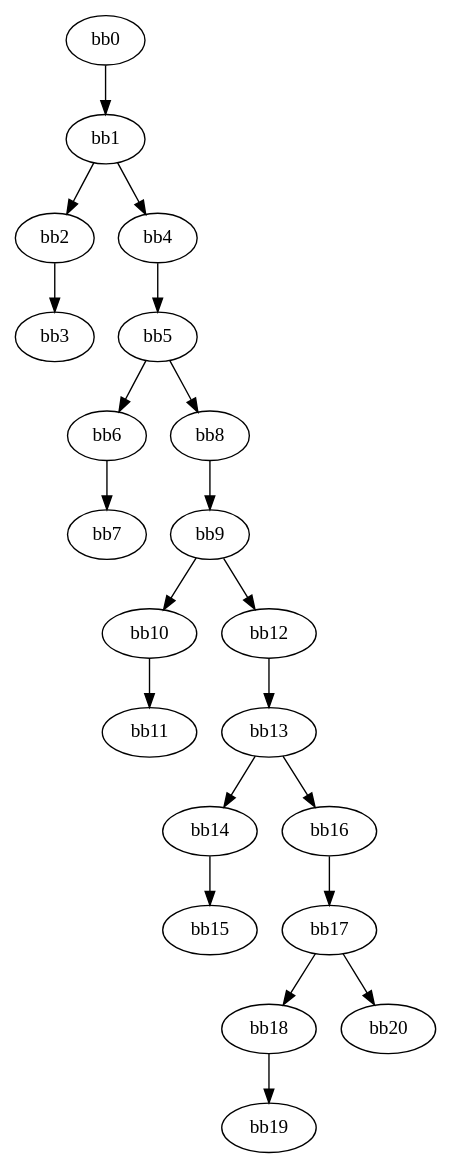
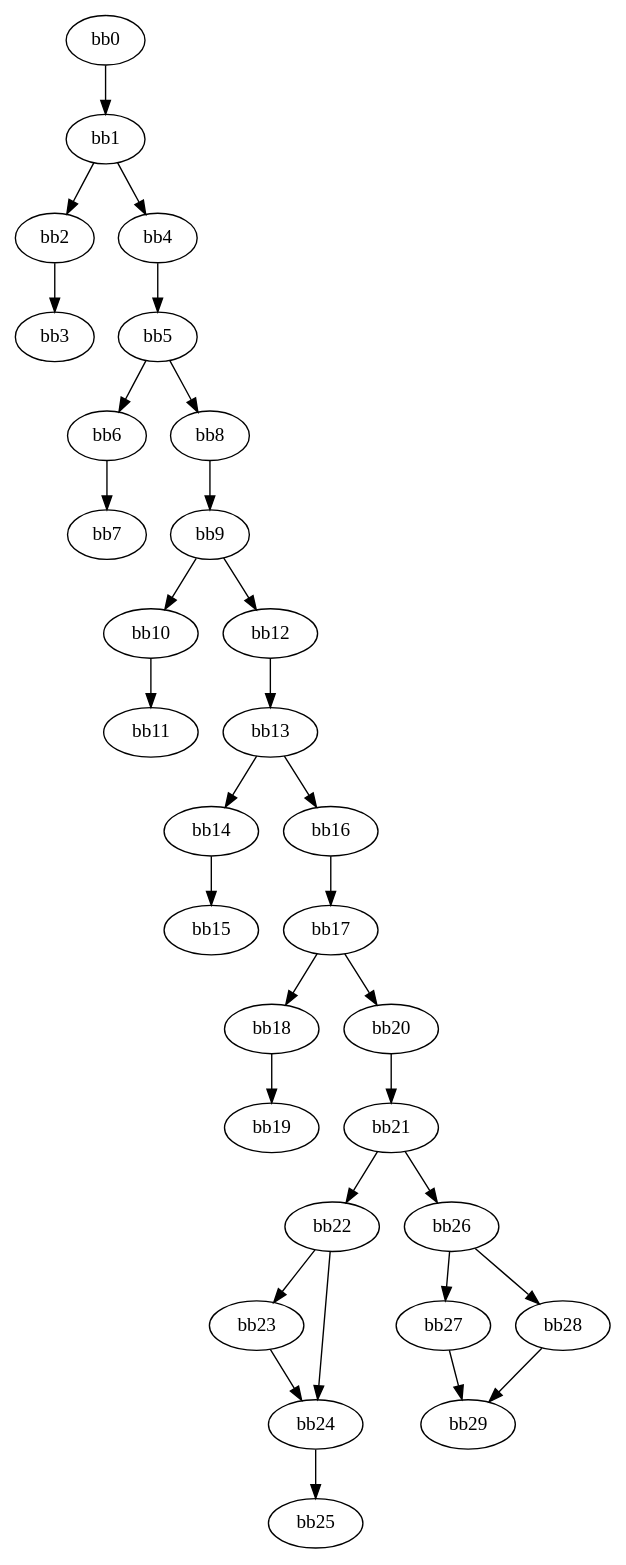
One commit to HansGiesen/hls_tuner changed the diagram in Prebuilt/Synth/_sds/.llvm/_px_cfgdag_main.dot. Above: the diagram before and after it, drawn with Graphviz. The commit also changed 2923 other files, not shown here.

```diff
--- a/Prebuilt/Synth/_sds/.llvm/_px_cfgdag_main.dot
+++ b/Prebuilt/Synth/_sds/.llvm/_px_cfgdag_main.dot
@@ -1,43 +1,63 @@
 digraph cfg {
 v0 [label = "bb0"];
 v1 [label = "bb1"];
 v2 [label = "bb2"];
 v3 [label = "bb3"];
 v4 [label = "bb4"];
 v5 [label = "bb5"];
 v6 [label = "bb6"];
 v7 [label = "bb7"];
 v8 [label = "bb8"];
 v9 [label = "bb9"];
 v10 [label = "bb10"];
 v11 [label = "bb11"];
 v12 [label = "bb12"];
 v13 [label = "bb13"];
 v14 [label = "bb14"];
 v15 [label = "bb15"];
 v16 [label = "bb16"];
 v17 [label = "bb17"];
 v18 [label = "bb18"];
 v19 [label = "bb19"];
 v20 [label = "bb20"];
+v21 [label = "bb21"];
+v22 [label = "bb22"];
+v23 [label = "bb23"];
+v24 [label = "bb24"];
+v25 [label = "bb25"];
+v26 [label = "bb26"];
+v27 [label = "bb27"];
+v28 [label = "bb28"];
+v29 [label = "bb29"];
 v0 -> v1;
 v1 -> v2;
 v1 -> v4;
 v2 -> v3;
 v4 -> v5;
 v5 -> v6;
 v5 -> v8;
 v6 -> v7;
 v8 -> v9;
 v9 -> v10;
 v9 -> v12;
 v10 -> v11;
 v12 -> v13;
 v13 -> v14;
 v13 -> v16;
 v14 -> v15;
 v16 -> v17;
 v17 -> v18;
 v17 -> v20;
 v18 -> v19;
+v20 -> v21;
+v21 -> v22;
+v21 -> v26;
+v22 -> v24;
+v22 -> v23;
+v23 -> v24;
+v24 -> v25;
+v26 -> v28;
+v26 -> v27;
+v27 -> v29;
+v28 -> v29;
 }
```
